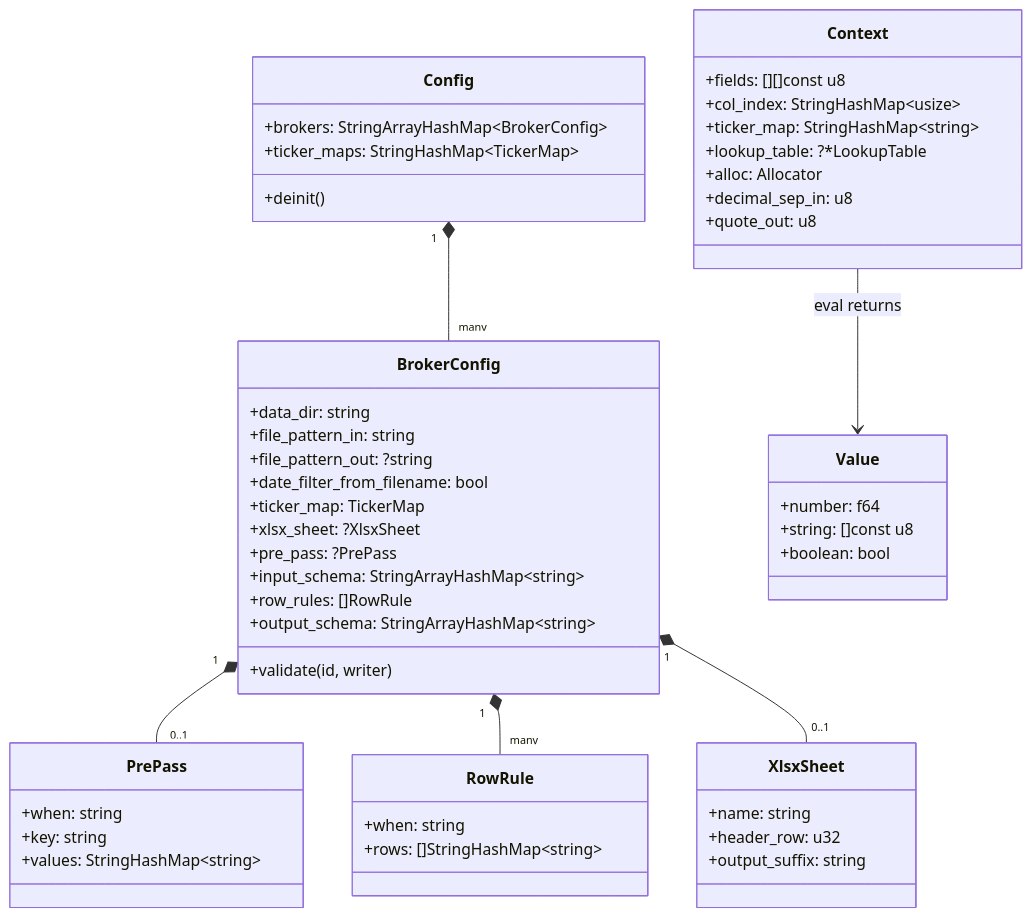
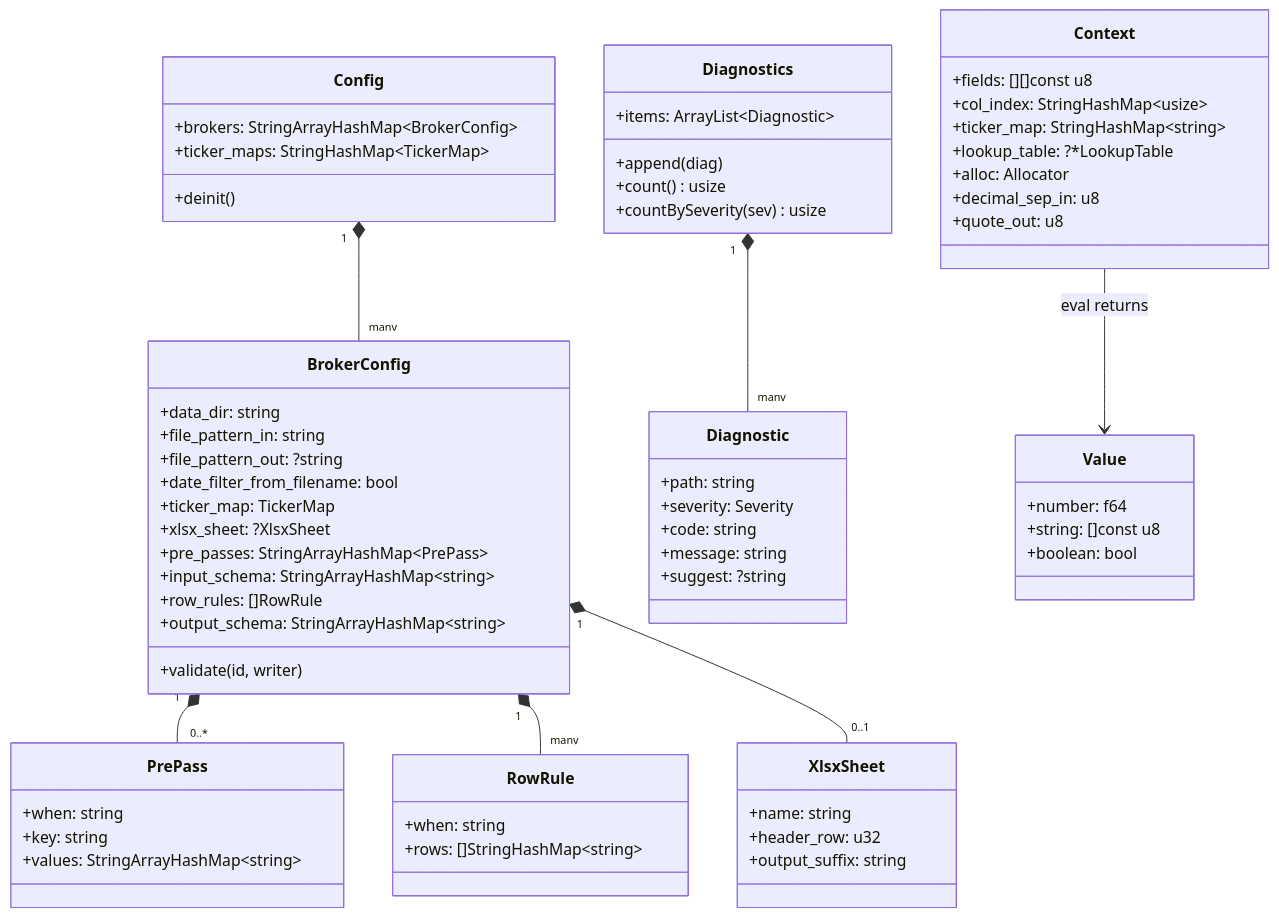
The tenth of 10 diagrams in docs/architecture.md (zaxified/bxp), drawn with Mermaid before and after one commit. The commit also changed other lines of this file and 38 other files, not shown here.

````diff
--- a/docs/architecture.md
+++ b/docs/architecture.md
@@ -227,61 +485,77 @@
 ```mermaid
 classDiagram
     class Config {
         +brokers: StringArrayHashMap~BrokerConfig~
         +ticker_maps: StringHashMap~TickerMap~
         +deinit()
     }
 
     class BrokerConfig {
         +data_dir: string
         +file_pattern_in: string
         +file_pattern_out: ?string
         +date_filter_from_filename: bool
         +ticker_map: TickerMap
         +xlsx_sheet: ?XlsxSheet
-        +pre_pass: ?PrePass
+        +pre_passes: StringArrayHashMap~PrePass~
         +input_schema: StringArrayHashMap~string~
         +row_rules: []RowRule
         +output_schema: StringArrayHashMap~string~
         +validate(id, writer)
     }
 
     class PrePass {
         +when: string
         +key: string
-        +values: StringHashMap~string~
+        +values: StringArrayHashMap~string~
+    }
+
+    class Diagnostics {
+        +items: ArrayList~Diagnostic~
+        +append(diag)
+        +count() usize
+        +countBySeverity(sev) usize
+    }
+
+    class Diagnostic {
+        +path: string
+        +severity: Severity
+        +code: string
+        +message: string
+        +suggest: ?string
     }
 
     class RowRule {
         +when: string
         +rows: []StringHashMap~string~
     }
 
     class XlsxSheet {
         +name: string
         +header_row: u32
         +output_suffix: string
     }
 
     class Value {
         +number: f64
         +string: []const u8
         +boolean: bool
     }
 
     class Context {
         +fields: [][]const u8
         +col_index: StringHashMap~usize~
         +ticker_map: StringHashMap~string~
         +lookup_table: ?*LookupTable
         +alloc: Allocator
         +decimal_sep_in: u8
         +quote_out: u8
     }
 
     Config "1" *-- "many" BrokerConfig
-    BrokerConfig "1" *-- "0..1" PrePass
+    BrokerConfig "1" *-- "0..*" PrePass
     BrokerConfig "1" *-- "many" RowRule
     BrokerConfig "1" *-- "0..1" XlsxSheet
     Context --> Value : eval returns
+    Diagnostics "1" *-- "many" Diagnostic
 ```
````
